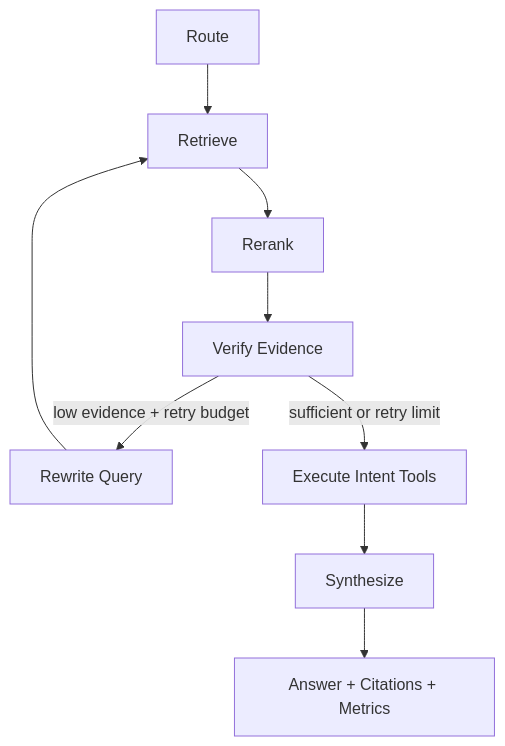
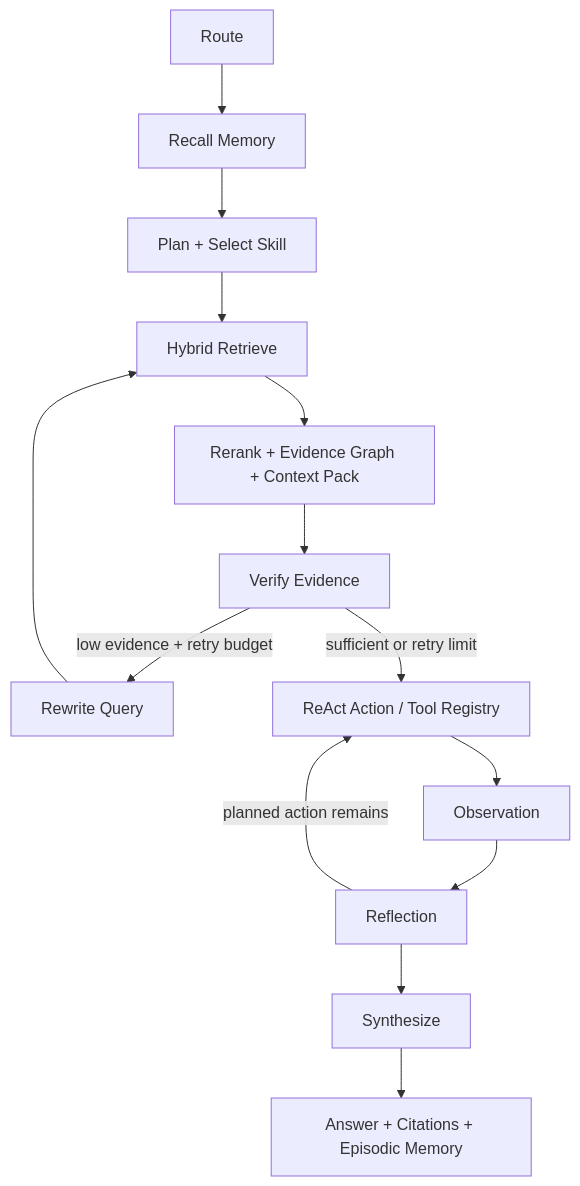
The diagram in docs/architecture.md (vcvyg/ai-native-knowledge-agent), drawn with Mermaid before and after one commit. The commit also changed other lines of this file and 28 other files, not shown here.

````diff
--- a/docs/architecture.md
+++ b/docs/architecture.md
@@ -9,11 +9,16 @@
 ```mermaid
 flowchart TD
-    A["Route"] --> B["Retrieve"]
-    B --> C["Rerank"]
-    C --> D["Verify Evidence"]
-    D -->|"low evidence + retry budget"| E["Rewrite Query"]
-    E --> B
-    D -->|"sufficient or retry limit"| F["Execute Intent Tools"]
-    F --> G["Synthesize"]
-    G --> H["Answer + Citations + Metrics"]
+    A["Route"] --> B["Recall Memory"]
+    B --> C["Plan + Select Skill"]
+    C --> D["Hybrid Retrieve"]
+    D --> E["Rerank + Evidence Graph + Context Pack"]
+    E --> F["Verify Evidence"]
+    F -->|"low evidence + retry budget"| G["Rewrite Query"]
+    G --> D
+    F -->|"sufficient or retry limit"| H["ReAct Action / Tool Registry"]
+    H --> I["Observation"]
+    I --> J["Reflection"]
+    J -->|"planned action remains"| H
+    J --> K["Synthesize"]
+    K --> L["Answer + Citations + Episodic Memory"]
 ```
````
